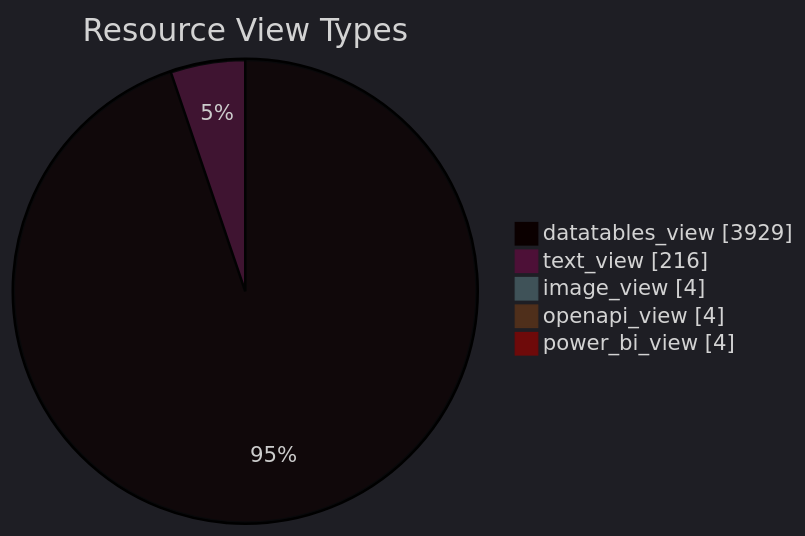
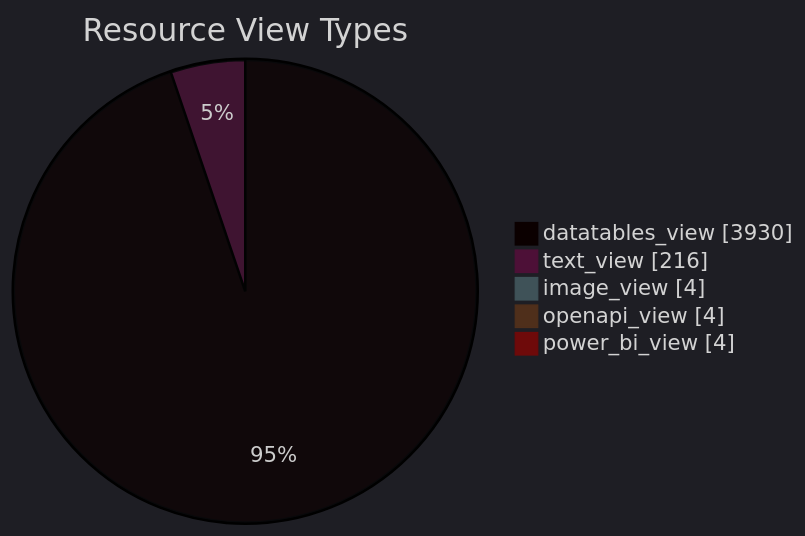
The diagram in datastore_tracker/resource_view_types_pie_chart.md (open-data/analytics-corporate-reporting), drawn with Mermaid before and after one commit. The commit also changed 11 other files, not shown here.

````diff
--- a/datastore_tracker/resource_view_types_pie_chart.md
+++ b/datastore_tracker/resource_view_types_pie_chart.md
@@ -2,12 +2,12 @@
 ```mermaid
 ---
 config:
   theme: dark
 ---
 pie showData title Resource View Types
-    "datatables_view": 3929
+    "datatables_view": 3930
     "text_view": 216
     "image_view": 4
     "openapi_view": 4
     "power_bi_view": 4
 ```
````
